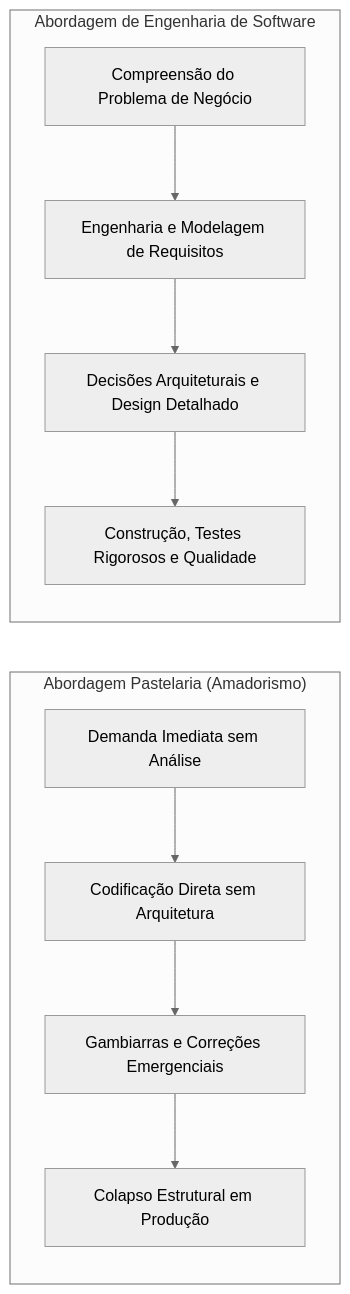
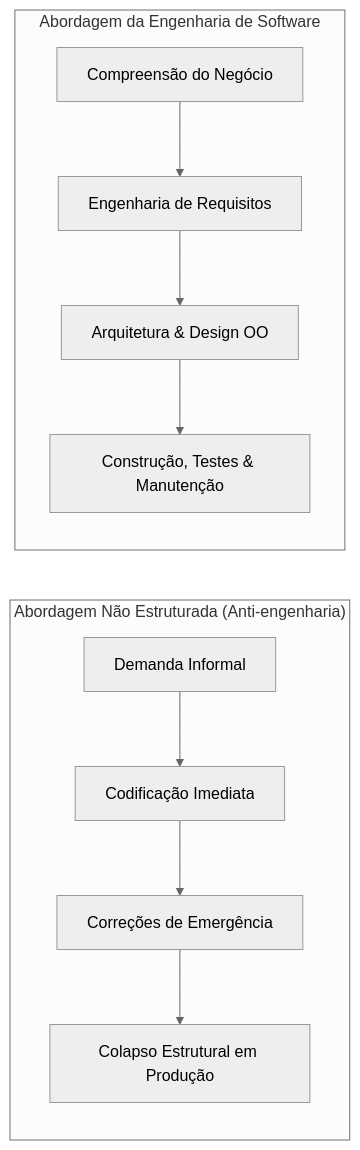
The first of 29 diagrams in 4º Semestre/[Prof. Wesley Soares] Engenharia de Software II/Resumos-IA/Simulados-Comentados.md (murilolol/unifef), drawn with Mermaid (neutral theme) before and after one commit. The commit also changed other lines of this file and 40 other files, not shown here.

````diff
--- a/4º Semestre/[Prof. Wesley Soares] Engenharia de Software II/Resumos-IA/Simulados-Comentados.md
+++ b/4º Semestre/[Prof. Wesley Soares] Engenharia de Software II/Resumos-IA/Simulados-Comentados.md
@@ -172,16 +39,16 @@
 ```mermaid
 flowchart LR
- subgraph Pastelaria["Abordagem Pastelaria (Amadorismo)"]
+ subgraph ParadigmaPastelaria["Abordagem Não Estruturada (Anti-engenharia)"]
  direction TB
- P1["Demanda Imediata sem Análise"] --> P2["Codificação Direta sem Arquitetura"]
- P2 --> P3["Gambiarras e Correções Emergenciais"]
+ P1["Demanda Informal"] --> P2["Codificação Imediata"]
+ P2 --> P3["Correções de Emergência"]
  P3 --> P4["Colapso Estrutural em Produção"]
  end
 
- subgraph Engenharia["Abordagem de Engenharia de Software"]
+ subgraph ParadigmaEngenharia["Abordagem da Engenharia de Software"]
  direction TB
- E1["Compreensão do Problema de Negócio"] --> E2["Engenharia e Modelagem de Requisitos"]
- E2 --> E3["Decisões Arquiteturais e Design Detalhado"]
- E3 --> E4["Construção, Testes Rigorosos e Qualidade"]
+ E1["Compreensão do Negócio"] --> E2["Engenharia de Requisitos"]
+ E2 --> E3["Arquitetura & Design OO"]
+ E3 --> E4["Construção, Testes & Manutenção"]
  end
 ```
````
